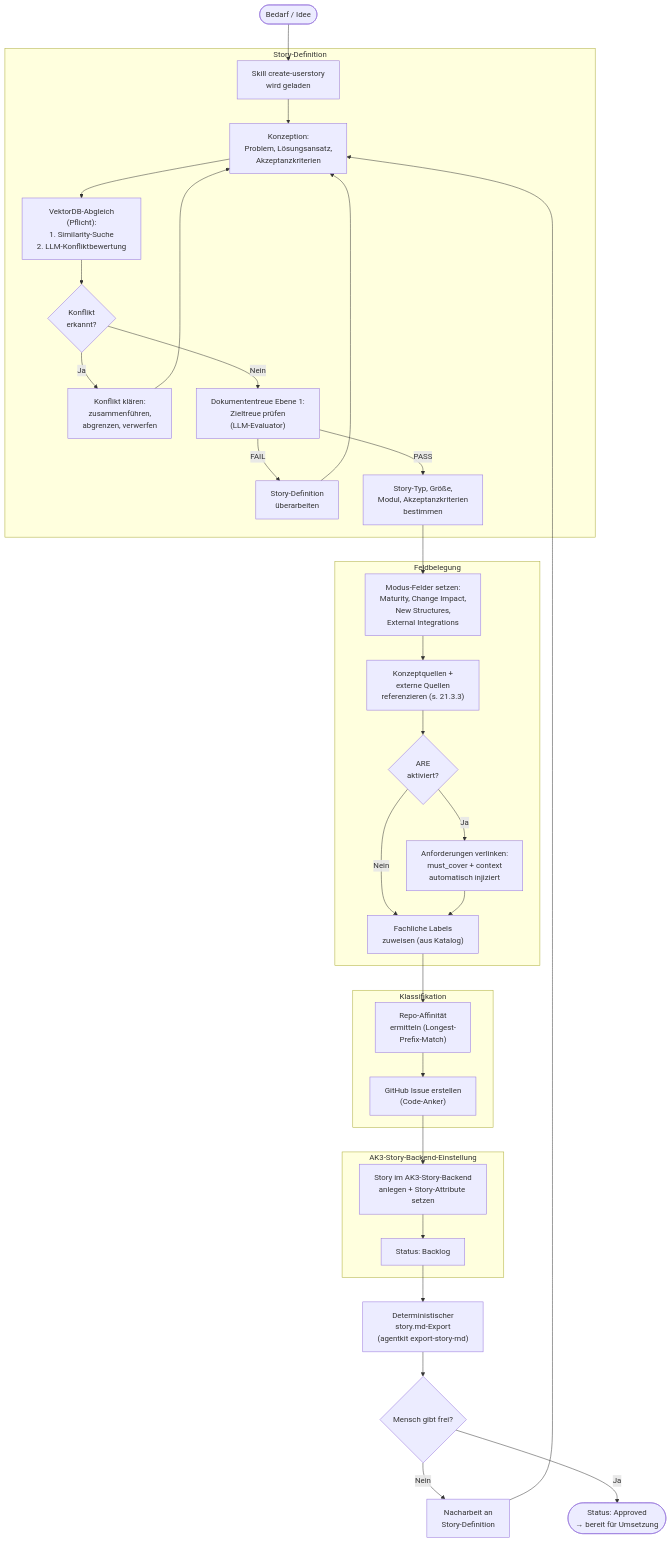
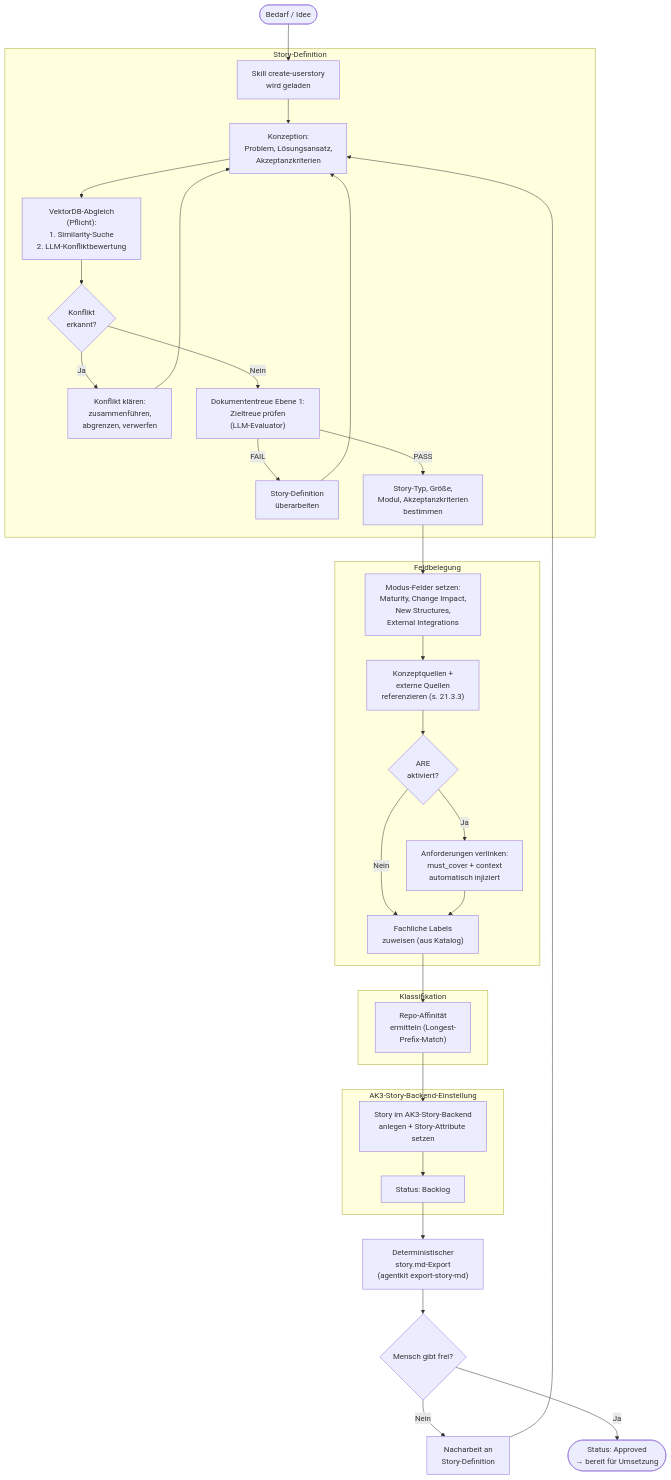
The diagram in concept/technical-design/21_story_creation_pipeline.md (saltenhof/claude-agentkit3), drawn with Mermaid before and after one commit. The commit also changed other lines of this file and 32 other files, not shown here.

First line of the commit message:
Konzept-Cleanup: GitHub Issues und GraphQL komplett entfernen

````diff
--- a/concept/technical-design/21_story_creation_pipeline.md
+++ b/concept/technical-design/21_story_creation_pipeline.md
@@ -125,48 +126,47 @@
 ```mermaid
 flowchart TD
     TRIGGER(["Bedarf / Idee"]) --> SKILL["Skill create-userstory<br/>wird geladen"]
 
     subgraph DEFINITION ["Story-Definition"]
         SKILL --> KONZEPT["Konzeption:<br/>Problem, Lösungsansatz,<br/>Akzeptanzkriterien"]
         KONZEPT --> SEARCH["VektorDB-Abgleich<br/>(Pflicht):<br/>1. Similarity-Suche<br/>2. LLM-Konfliktbewertung"]
 
         SEARCH --> CONFLICT{"Konflikt<br/>erkannt?"}
         CONFLICT -->|Ja| RESOLVE["Konflikt klären:<br/>zusammenführen,<br/>abgrenzen, verwerfen"]
         RESOLVE --> KONZEPT
         CONFLICT -->|Nein| ZIELTREUE
 
         ZIELTREUE["Dokumententreue Ebene 1:<br/>Zieltreue prüfen<br/>(LLM-Evaluator)"]
         ZIELTREUE -->|FAIL| REWORK_Z["Story-Definition<br/>überarbeiten"]
         REWORK_Z --> KONZEPT
         ZIELTREUE -->|PASS| FIELDS
     end
 
     subgraph FIELDS_PHASE ["Feldbelegung"]
         FIELDS["Story-Typ, Größe,<br/>Modul, Akzeptanzkriterien<br/>bestimmen"]
         FIELDS --> MODE_FIELDS["Modus-Felder setzen:<br/>Maturity, Change Impact,<br/>New Structures,<br/>External Integrations"]
         MODE_FIELDS --> CONCEPT_REF["Konzeptquellen +<br/>externe Quellen<br/>referenzieren (s. 21.3.3)"]
         CONCEPT_REF --> ARE_CHECK{"ARE<br/>aktiviert?"}
 
         ARE_CHECK -->|Ja| ARE_LINK["Anforderungen verlinken:<br/>must_cover + context<br/>automatisch injiziert"]
         ARE_CHECK -->|Nein| LABELS
         ARE_LINK --> LABELS
     end
 
     subgraph KLASSIFIKATION ["Klassifikation"]
         LABELS["Fachliche Labels<br/>zuweisen (aus Katalog)"]
         LABELS --> REPO_AFF["Repo-Affinität<br/>ermitteln (Longest-<br/>Prefix-Match)"]
-        REPO_AFF --> GITHUB
     end
 
     subgraph EINSTELLUNG ["AK3-Story-Backend-Einstellung"]
-        GITHUB["GitHub Issue erstellen<br/>(Code-Anker)"]
-        GITHUB --> PROJECT["Story im AK3-Story-Backend<br/>anlegen + Story-Attribute setzen"]
+        PROJECT["Story im AK3-Story-Backend<br/>anlegen + Story-Attribute setzen"]
         PROJECT --> BACKLOG["Status: Backlog"]
     end
+    REPO_AFF --> PROJECT
 
     BACKLOG --> EXPORT["Deterministischer<br/>story.md-Export<br/>(agentkit export-story-md)"]
     EXPORT --> FREIGABE{"Mensch gibt frei?"}
     FREIGABE -->|Nein| REWORK["Nacharbeit an<br/>Story-Definition"]
     REWORK --> KONZEPT
     FREIGABE -->|Ja| APPROVED(["Status: Approved<br/>→ bereit für Umsetzung"])
 ```
````
